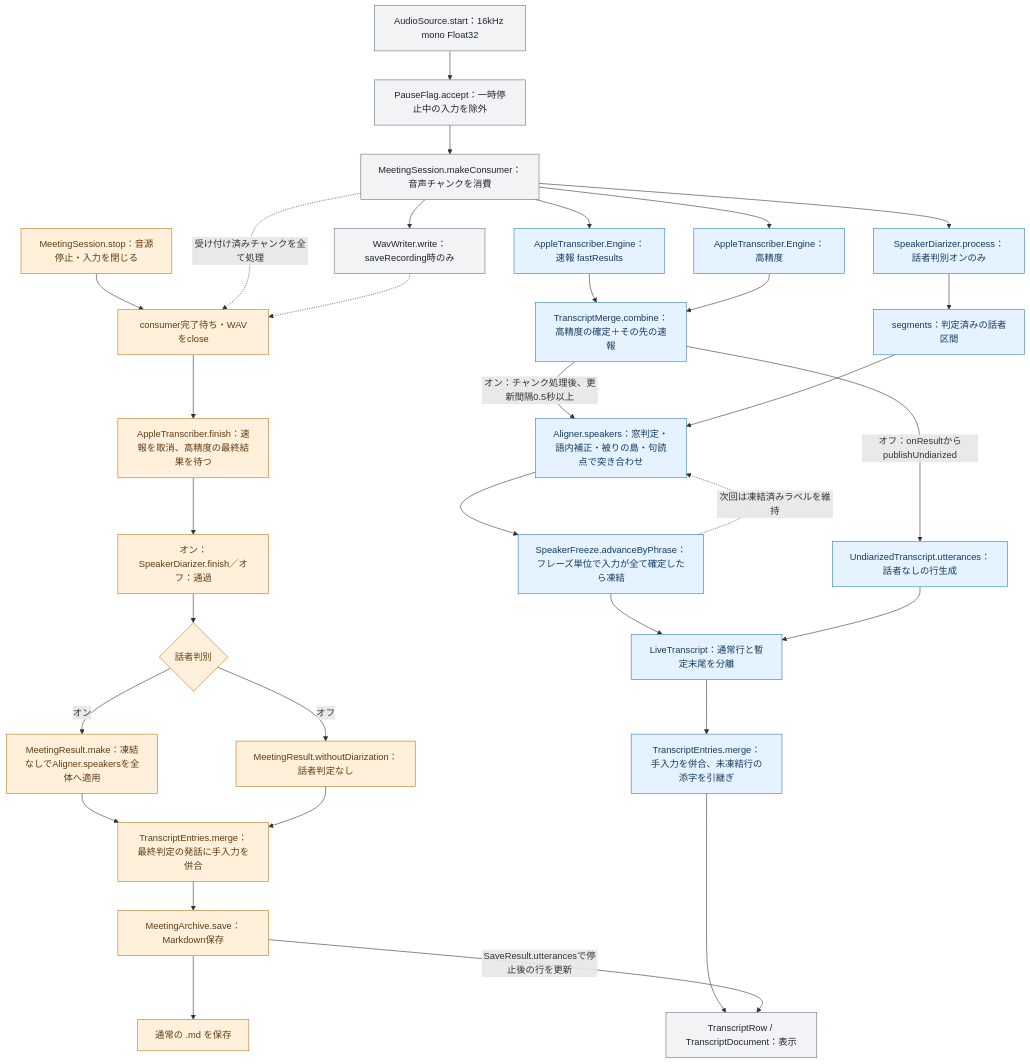
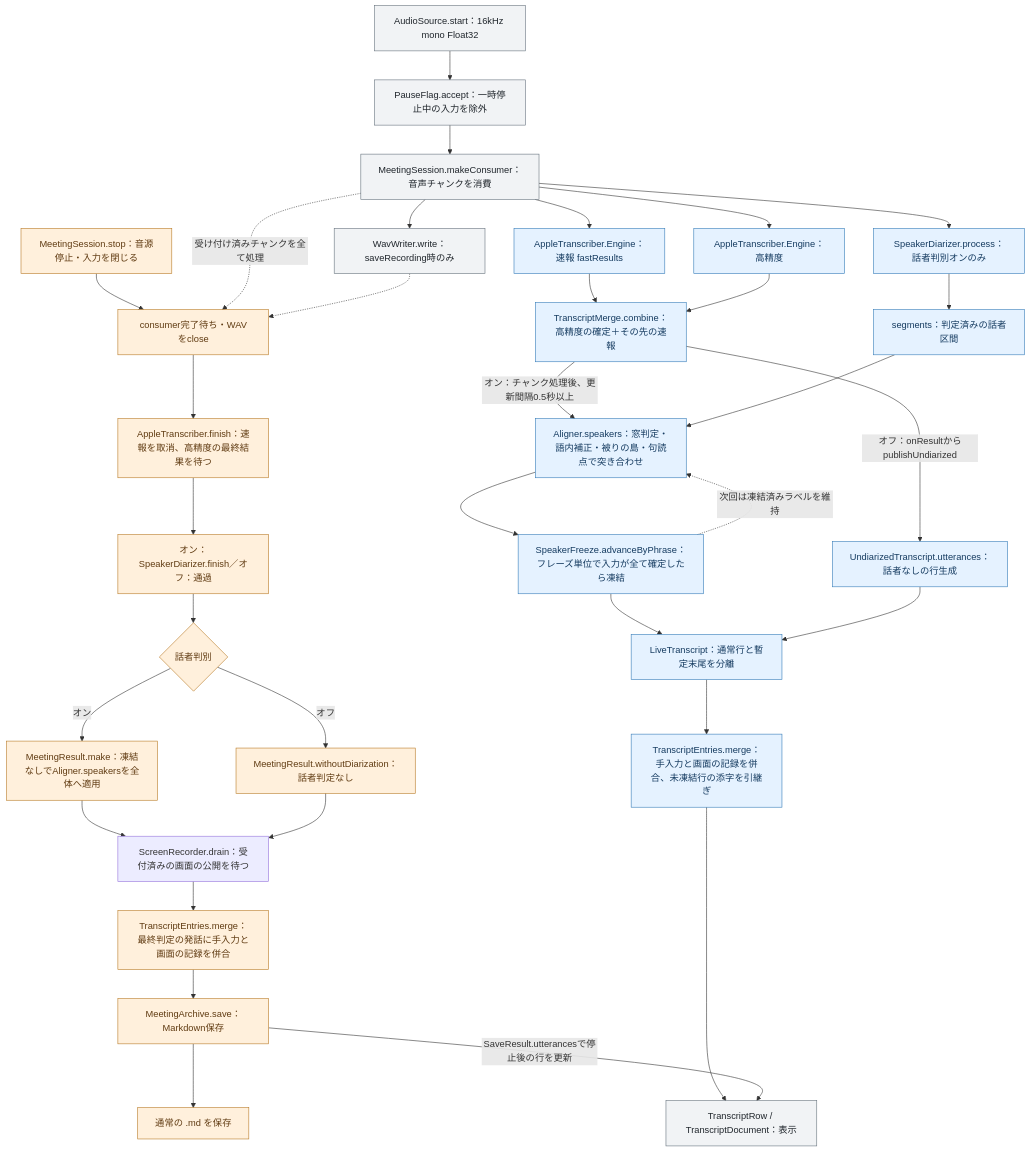
The first of 2 diagrams in docs/utterance-flow.md (tadashi-aikawa/kikigaki), drawn with Mermaid before and after one commit. The commit also changed other lines of this file and 10 other files, not shown here.

````diff
--- a/docs/utterance-flow.md
+++ b/docs/utterance-flow.md
@@ -18,42 +18,43 @@
 ```mermaid
 flowchart TD
     audio["AudioSource.start：16kHz mono Float32"] --> accept["PauseFlag.accept：一時停止中の入力を除外"]
     accept --> consume["MeetingSession.makeConsumer：音声チャンクを消費"]
     consume --> wav["WavWriter.write：saveRecording時のみ"]
     consume --> fast["AppleTranscriber.Engine：速報 fastResults"]
     consume --> accurate["AppleTranscriber.Engine：高精度"]
     consume --> diarizer["SpeakerDiarizer.process：話者判別オンのみ"]
     fast --> merge["TranscriptMerge.combine：高精度の確定＋その先の速報"]
     accurate --> merge
     diarizer --> segments["segments：判定済みの話者区間"]
     merge -->|オン：チャンク処理後、更新間隔0.5秒以上| align["Aligner.speakers：窓判定・語内補正・被りの島・句読点で突き合わせ"]
     segments --> align
     align --> freeze["SpeakerFreeze.advanceByPhrase：フレーズ単位で入力が全て確定したら凍結"]
     freeze -.->|次回は凍結済みラベルを維持| align
     freeze --> live["LiveTranscript：通常行と暫定末尾を分離"]
     merge -->|オフ：onResultからpublishUndiarized| off["UndiarizedTranscript.utterances：話者なしの行生成"]
     off --> live
-    live --> entries["TranscriptEntries.merge：手入力を併合、未凍結行の添字を引継ぎ"]
+    live --> entries["TranscriptEntries.merge：手入力と画面の記録を併合、未凍結行の添字を引継ぎ"]
     entries --> ui["TranscriptRow / TranscriptDocument：表示"]
 
     stop["MeetingSession.stop：音源停止・入力を閉じる"] --> drain["consumer完了待ち・WAVをclose"]
     consume -.->|受け付け済みチャンクを全て処理| drain
     wav -.-> drain
     drain --> asrEnd["AppleTranscriber.finish：速報を取消、高精度の最終結果を待つ"]
     asrEnd --> speakerEnd["オン：SpeakerDiarizer.finish／オフ：通過"]
     speakerEnd --> finalMode{"話者判別"}
     finalMode -->|オン| realign["MeetingResult.make：凍結なしでAligner.speakersを全体へ適用"]
     finalMode -->|オフ| noDiarization["MeetingResult.withoutDiarization：話者判定なし"]
-    realign --> finalEntries["TranscriptEntries.merge：最終判定の発話に手入力を併合"]
-    noDiarization --> finalEntries
+    realign --> screenDrain["ScreenRecorder.drain：受付済みの画面の公開を待つ"]
+    noDiarization --> screenDrain
+    screenDrain --> finalEntries["TranscriptEntries.merge：最終判定の発話に手入力と画面の記録を併合"]
     finalEntries --> archive["MeetingArchive.save：Markdown保存"]
     archive --> md["通常の .md を保存"]
     archive -->|SaveResult.utterancesで停止後の行を更新| ui
 
     classDef common fill:#f1f3f5,stroke:#65717c,color:#20262c
     classDef recording fill:#e5f2ff,stroke:#337ab7,color:#153b60
     classDef stopping fill:#fff0dc,stroke:#b77924,color:#603b12
     class audio,accept,consume,wav,ui common
     class fast,accurate,diarizer,merge,segments,align,freeze,live,off,entries recording
     class stop,drain,asrEnd,speakerEnd,finalMode,realign,noDiarization,finalEntries,archive,md stopping
 ```
````
